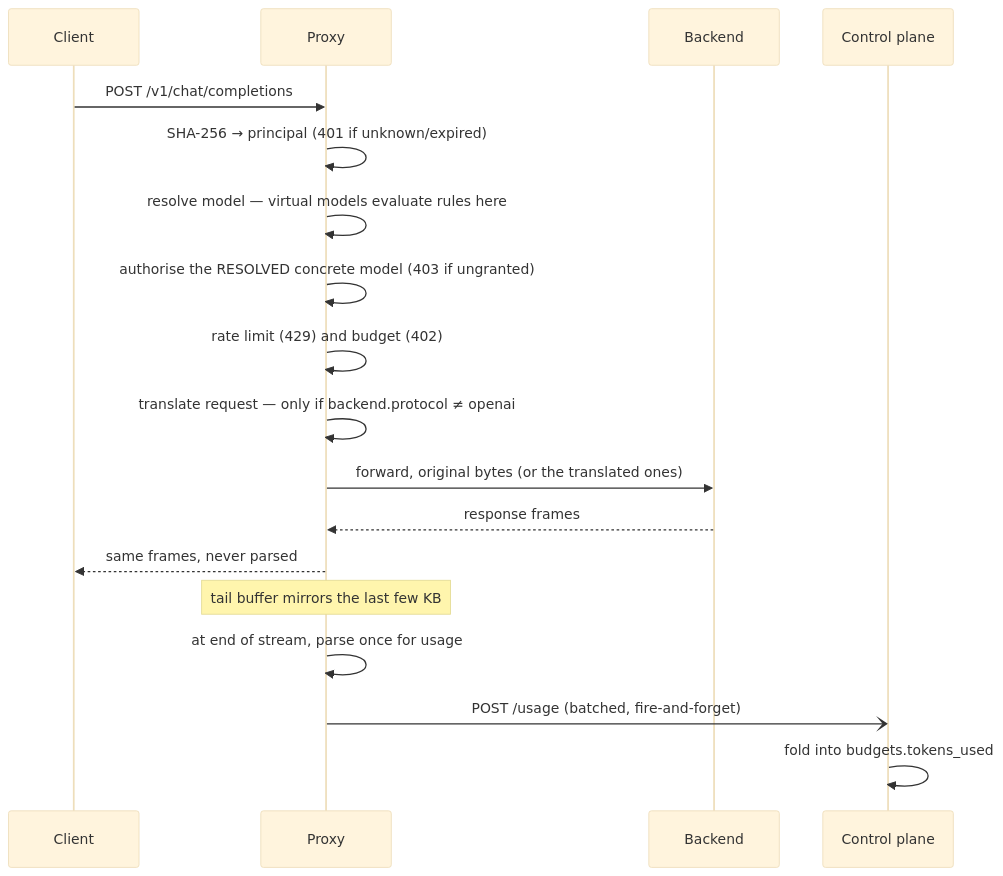
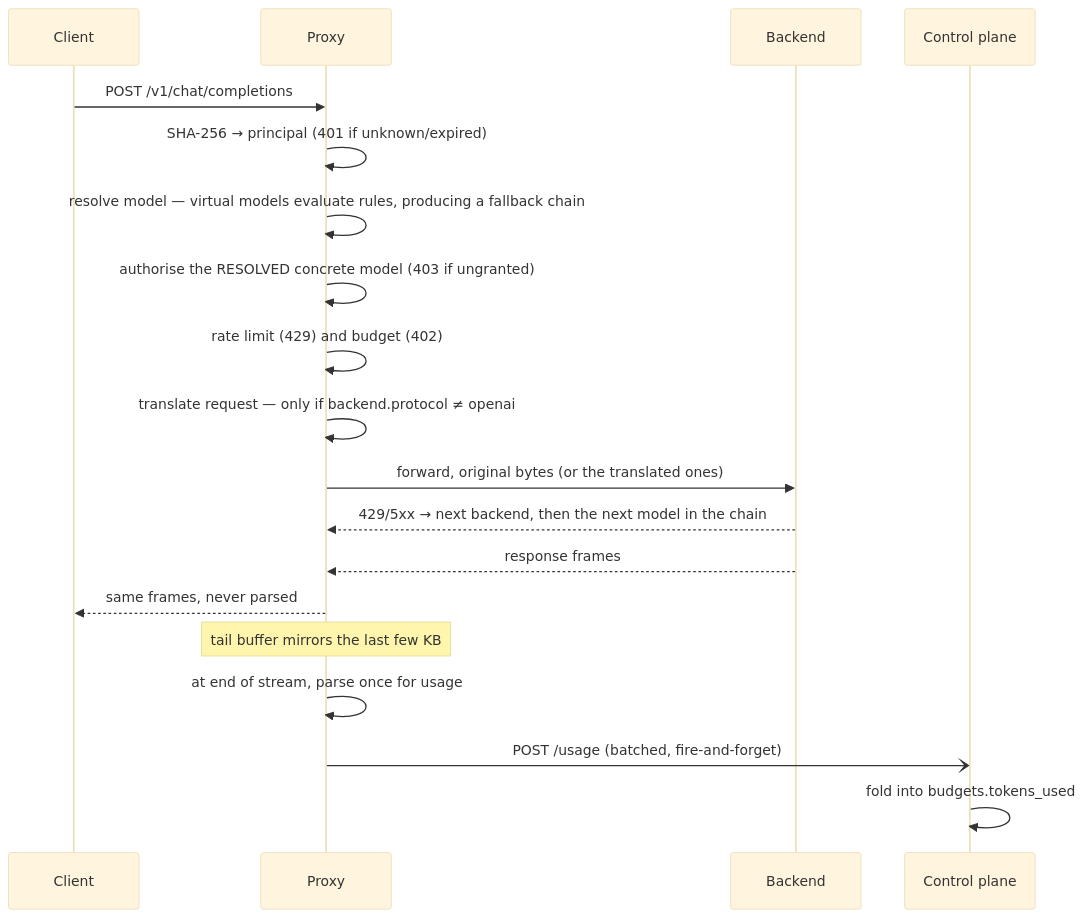
The third of 3 diagrams in docs/architecture.md (azrtydxb/Fastllm-proxy), drawn with Mermaid (base theme) before and after one commit. The commit also changed other lines of this file and 10 other files, not shown here.

````diff
--- a/docs/architecture.md
+++ b/docs/architecture.md
@@ -102,21 +102,22 @@
 ```mermaid
 sequenceDiagram
     participant C as Client
     participant P as Proxy
     participant B as Backend
     participant K as Control plane
 
     C->>P: POST /v1/chat/completions
     P->>P: SHA-256 → principal (401 if unknown/expired)
-    P->>P: resolve model — virtual models evaluate rules here
+    P->>P: resolve model — virtual models evaluate rules, producing a fallback chain
     P->>P: authorise the RESOLVED concrete model (403 if ungranted)
     P->>P: rate limit (429) and budget (402)
     P->>P: translate request — only if backend.protocol ≠ openai
     P->>B: forward, original bytes (or the translated ones)
+    B-->>P: 429/5xx → next backend, then the next model in the chain
     B-->>P: response frames
     P-->>C: same frames, never parsed
     Note over P: tail buffer mirrors the last few KB
     P->>P: at end of stream, parse once for usage
     P-)K: POST /usage (batched, fire-and-forget)
     K->>K: fold into budgets.tokens_used
 ```
````
